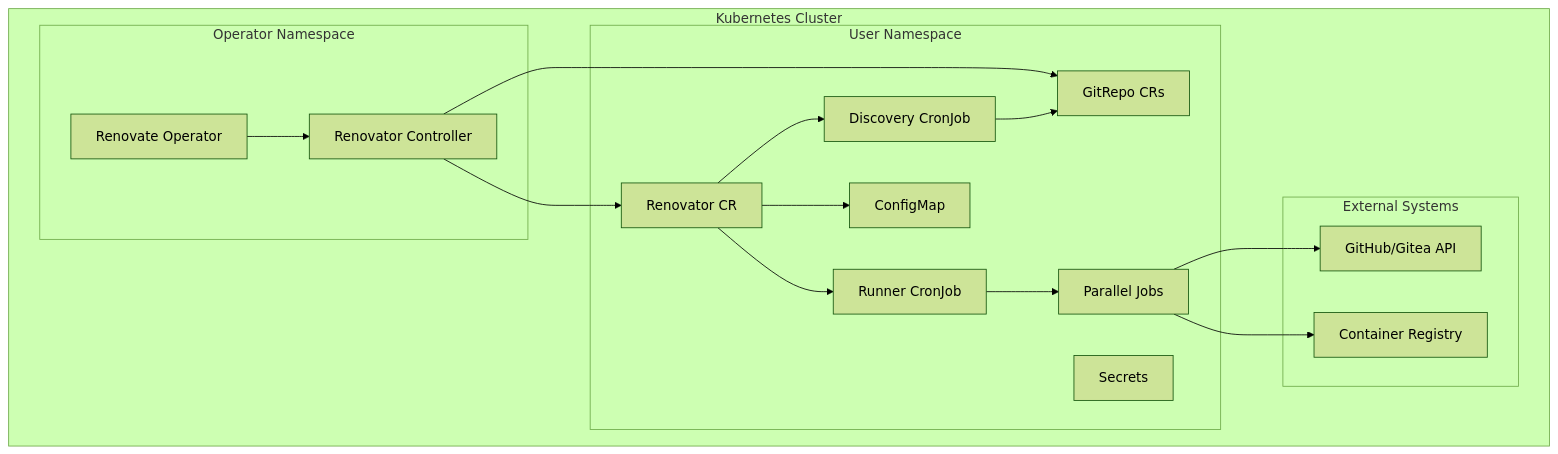
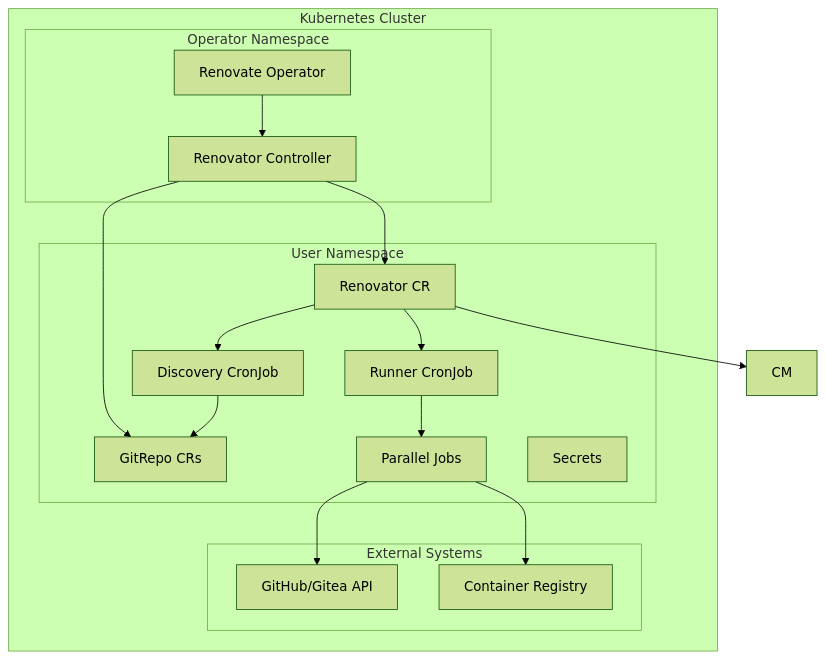
One commit to thegeeklab/renovate-operator changed the diagram in docs/architecture.md. Above: the diagram before and after it, drawn with Mermaid (forest theme). The commit also changed other lines of this file and 81 other files, not shown here.

````diff
--- a/docs/architecture.md
+++ b/docs/architecture.md
@@ -7,34 +7,33 @@
 ```mermaid
 graph TB
 subgraph "Kubernetes Cluster"
 subgraph "Operator Namespace"
 OP[Renovate Operator]
 OP --> RC[Renovator Controller]
 end
 
 subgraph "User Namespace"
     REN[Renovator CR]
     REPO[GitRepo CRs]
     DCJ[Discovery CronJob]
     RCJ[Runner CronJob]
     JOBS[Parallel Jobs]
-    CM[ConfigMap]
     SEC[Secrets]
 end
 
 subgraph "External Systems"
 GH[GitHub/Gitea API]
 REG[Container Registry]
 end
 end
 
 RC --> REN
 RC --> REPO
 REN --> DCJ
 REN --> RCJ
 REN --> CM
 DCJ --> REPO
 RCJ --> JOBS
 JOBS --> GH
     JOBS --> REG
 ```
````
